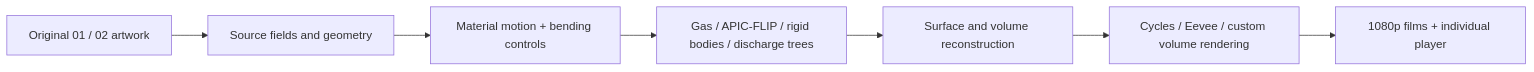
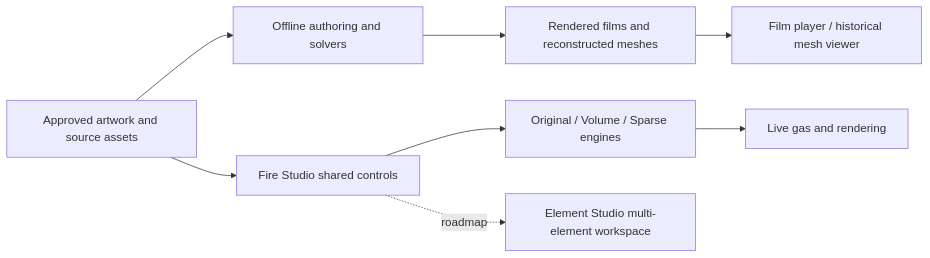
Before and after one commit to cybrdelic/cybr-elements: the diagram in README.md, drawn with Mermaid. The commit also changed other lines of this file and 2247 other files, not shown here.

Commit message:
Consolidate CYBR ELEMENTS source and local workspace

````diff
--- a/README.md
+++ b/README.md
@@ -103,9 +67,10 @@
 ```mermaid
 flowchart LR
-    A[Original 01 / 02 artwork] --> B[Source fields and geometry]
-    B --> C[Material motion + bending controls]
-    C --> D[Gas / APIC-FLIP / rigid bodies / discharge trees]
-    D --> E[Surface and volume reconstruction]
-    E --> F[Cycles / Eevee / custom volume rendering]
-    F --> G[1080p films + individual player]
+    A[Approved artwork and source assets] --> B[Offline authoring and solvers]
+    B --> C[Rendered films and reconstructed meshes]
+    C --> D[Film player / historical mesh viewer]
+    A --> E[Fire Studio shared controls]
+    E --> F[Original / Volume / Sparse engines]
+    F --> G[Live gas and rendering]
+    E -. roadmap .-> H[Element Studio multi-element workspace]
 ```
````
